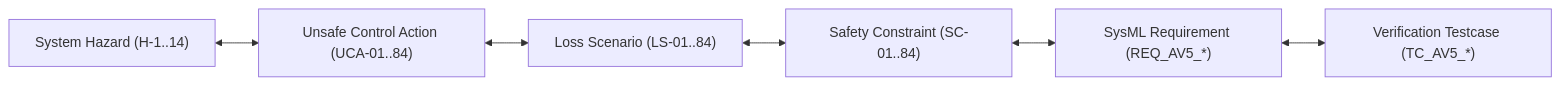
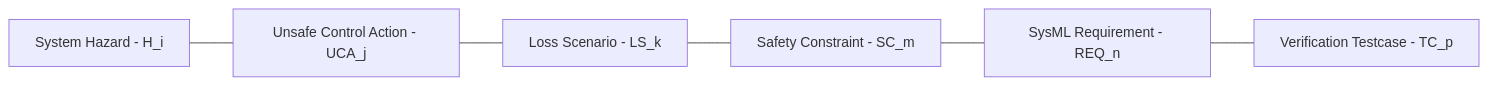
The eighth of 11 diagrams in docs/architecture/blueprints/DEAP_DETERMINISTIC_SAFETY_SPECIFICATION_COMPILER_BLUEPRINT.md (gintatkinson/DEAP01-spec-core), drawn with Mermaid before and after one commit. The commit also changed other lines of this file, not shown here.

Commit message:
docs(architecture): purify safety compiler blueprint to 100% abstract schema-driven AST formulation

````diff
--- a/docs/architecture/blueprints/DEAP_DETERMINISTIC_SAFETY_SPECIFICATION_COMPILER_BLUEPRINT.md
+++ b/docs/architecture/blueprints/DEAP_DETERMINISTIC_SAFETY_SPECIFICATION_COMPILER_BLUEPRINT.md
@@ -705,8 +657,8 @@
 ```mermaid
 flowchart LR
-    H["System Hazard (H-1..14)"] <--> UCA["Unsafe Control Action (UCA-01..84)"]
-    UCA <--> LS["Loss Scenario (LS-01..84)"]
-    LS <--> SC["Safety Constraint (SC-01..84)"]
-    SC <--> REQ["SysML Requirement (REQ_AV5_*)"]
-    REQ <--> TC["Verification Testcase (TC_AV5_*)"]
+    H["System Hazard - H_i"] --- UCA["Unsafe Control Action - UCA_j"]
+    UCA --- LS["Loss Scenario - LS_k"]
+    LS --- SC["Safety Constraint - SC_m"]
+    SC --- REQ["SysML Requirement - REQ_n"]
+    REQ --- TC["Verification Testcase - TC_p"]
 ```
````
